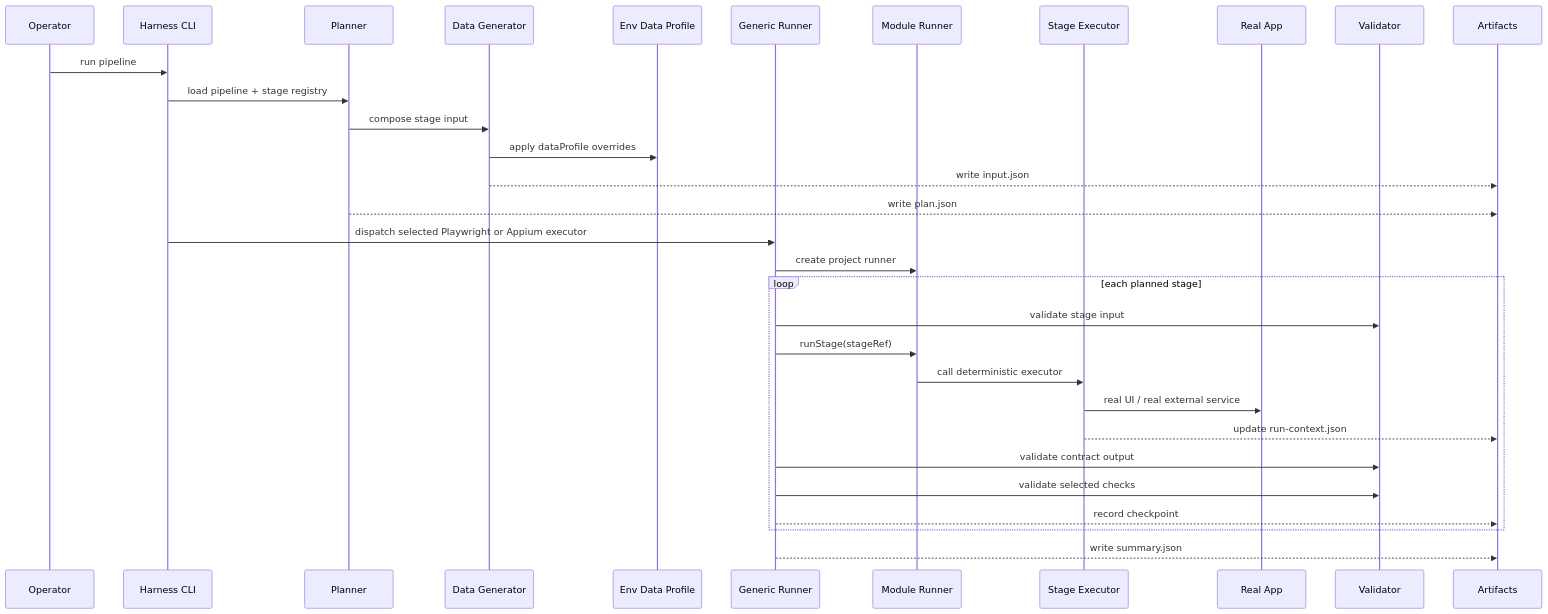
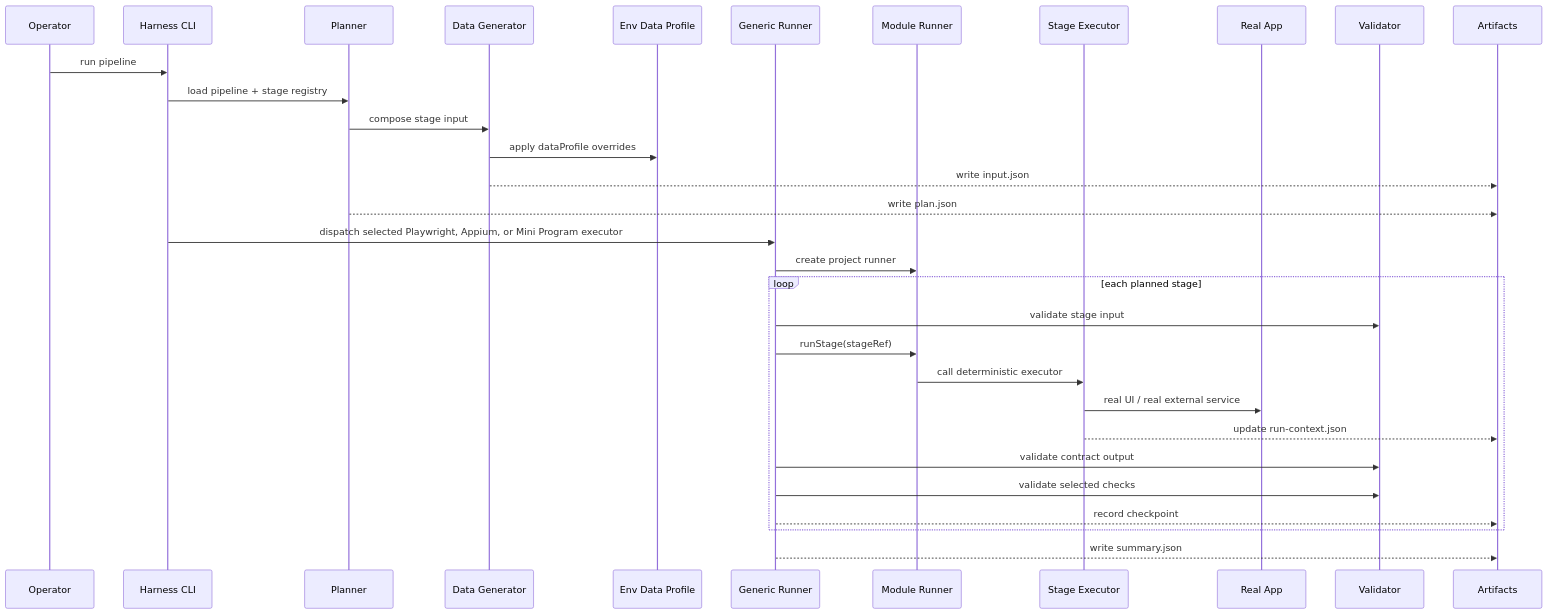
Before and after one commit to vurtnec/regressionwright: the third of 6 diagrams in docs/regressionwright-flows.md, drawn with Mermaid. The commit also changed 57 other files, not shown here.

Commit message:
Add WeChat Mini Program executor support

````diff
--- a/docs/regressionwright-flows.md
+++ b/docs/regressionwright-flows.md
@@ -85,34 +85,34 @@
 ```mermaid
 sequenceDiagram
   participant O as Operator
   participant C as Harness CLI
   participant P as Planner
   participant D as Data Generator
   participant E as Env Data Profile
   participant R as Generic Runner
   participant M as Module Runner
   participant S as Stage Executor
   participant A as Real App
   participant V as Validator
   participant F as Artifacts
 
   O->>C: run pipeline
   C->>P: load pipeline + stage registry
   P->>D: compose stage input
   D->>E: apply dataProfile overrides
   D-->>F: write input.json
   P-->>F: write plan.json
-  C->>R: dispatch selected Playwright or Appium executor
+  C->>R: dispatch selected Playwright, Appium, or Mini Program executor
   R->>M: create project runner
   loop each planned stage
     R->>V: validate stage input
     R->>M: runStage(stageRef)
     M->>S: call deterministic executor
     S->>A: real UI / real external service
     S-->>F: update run-context.json
     R->>V: validate contract output
     R->>V: validate selected checks
     R-->>F: record checkpoint
   end
   R-->>F: write summary.json
 ```
````
